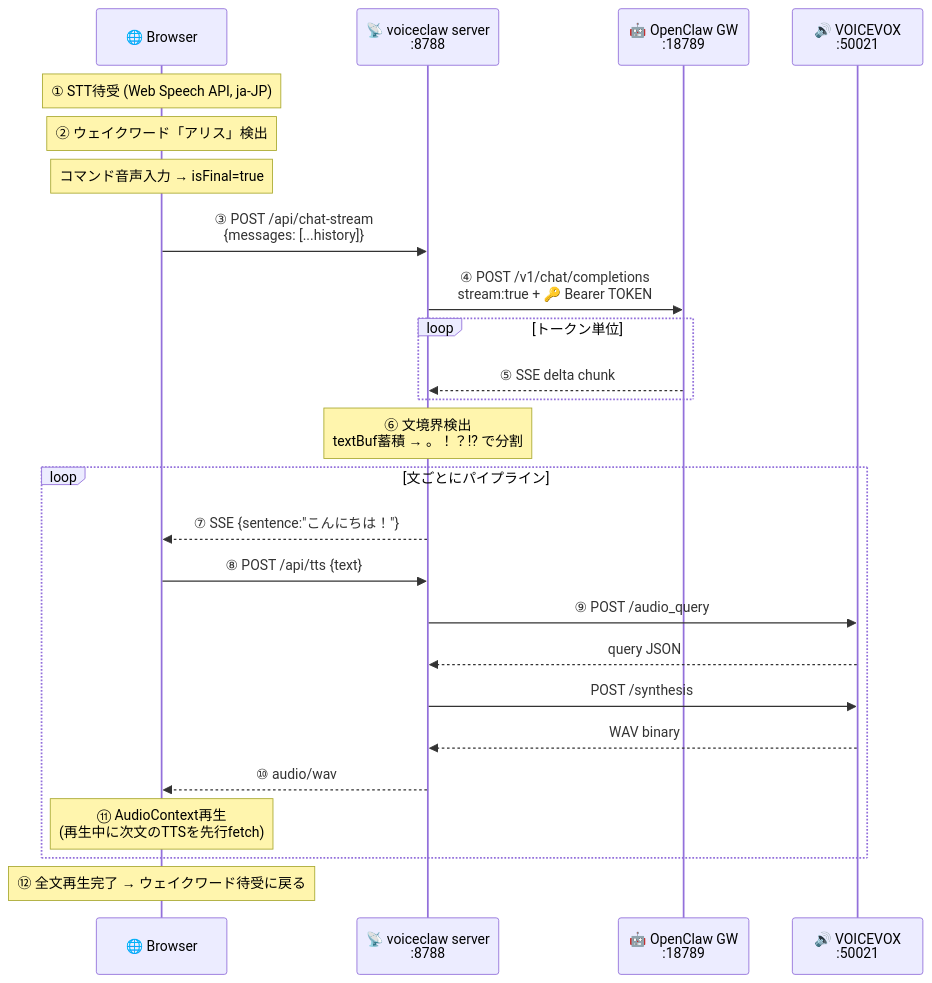
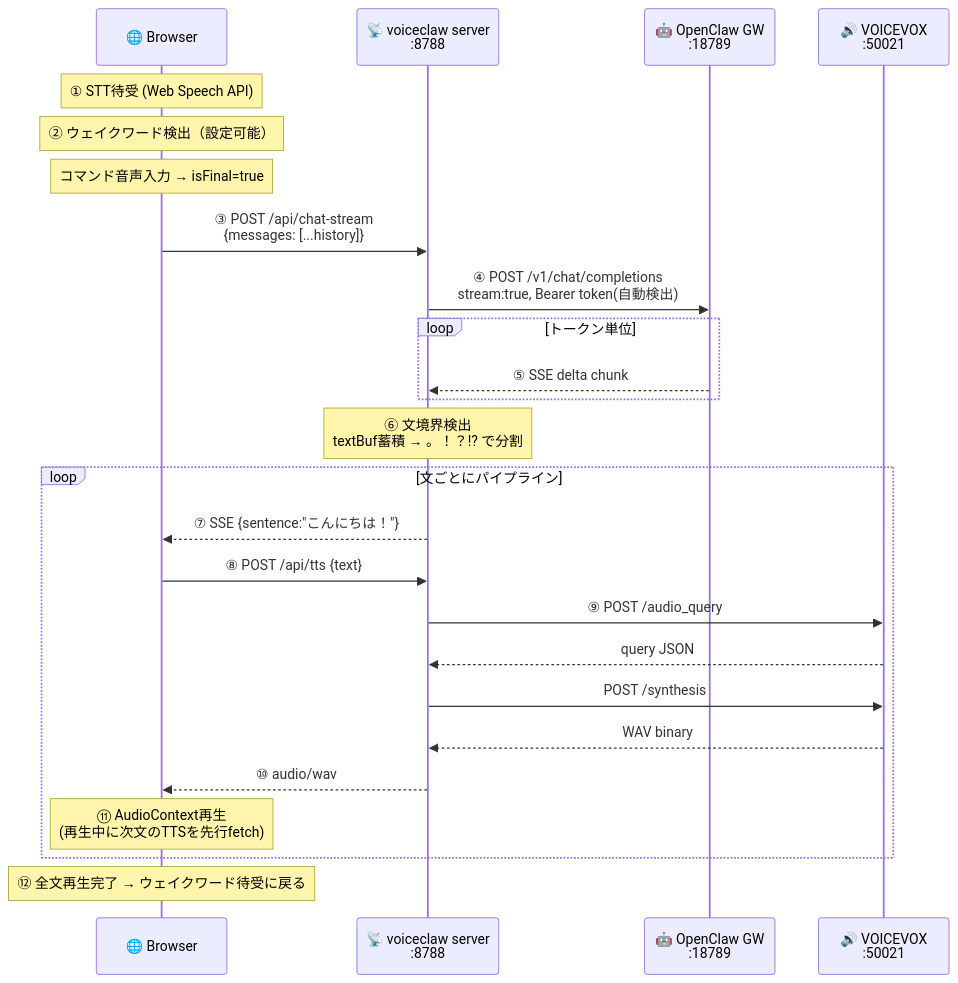
Before and after one commit to kentoku24/voiceclaw: the diagram in docs/architecture.md, drawn with Mermaid. The commit also changed other lines of this file and 9 other files, not shown here.

First line of the commit message:
docs: update architecture.md + archive legacy docs

````diff
--- a/docs/architecture.md
+++ b/docs/architecture.md
@@ -5,38 +5,38 @@
 ```mermaid
 sequenceDiagram
     participant B as 🌐 Browser
     participant V as 📡 voiceclaw server<br/>:8788
     participant G as 🤖 OpenClaw GW<br/>:18789
     participant T as 🔊 VOICEVOX<br/>:50021
 
-    Note over B: ① STT待受 (Web Speech API, ja-JP)
-    Note over B: ② ウェイクワード「アリス」検出
+    Note over B: ① STT待受 (Web Speech API)
+    Note over B: ② ウェイクワード検出（設定可能）
     Note over B: コマンド音声入力 → isFinal=true
 
     B->>V: ③ POST /api/chat-stream<br/>{messages: [...history]}
 
-    V->>G: ④ POST /v1/chat/completions<br/>stream:true + 🔑 Bearer TOKEN
+    V->>G: ④ POST /v1/chat/completions<br/>stream:true, Bearer token(自動検出)
 
     loop トークン単位
         G-->>V: ⑤ SSE delta chunk
     end
 
     Note over V: ⑥ 文境界検出<br/>textBuf蓄積 → 。！？!? で分割
 
     loop 文ごとにパイプライン
         V-->>B: ⑦ SSE {sentence:"こんにちは！"}
 
         B->>V: ⑧ POST /api/tts {text}
 
         V->>T: ⑨ POST /audio_query
         T-->>V: query JSON
         V->>T: POST /synthesis
         T-->>V: WAV binary
 
         V-->>B: ⑩ audio/wav
 
         Note over B: ⑪ AudioContext再生<br/>(再生中に次文のTTSを先行fetch)
     end
 
     Note over B: ⑫ 全文再生完了 → ウェイクワード待受に戻る
 ```
````
